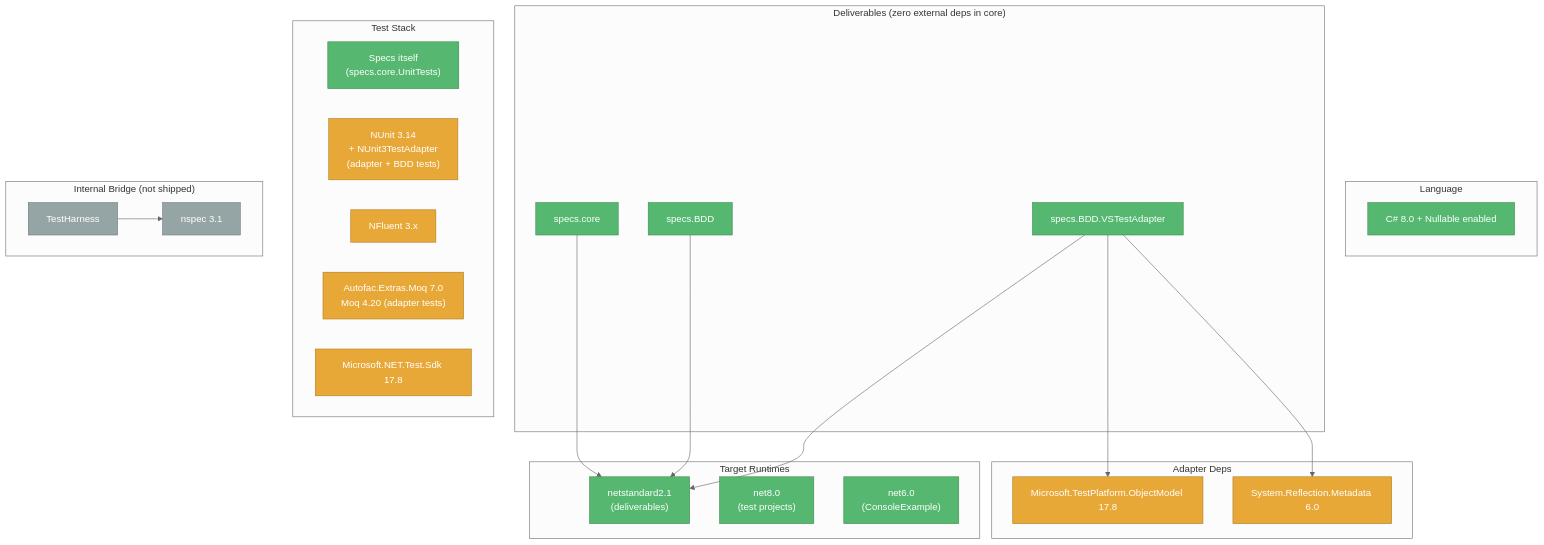
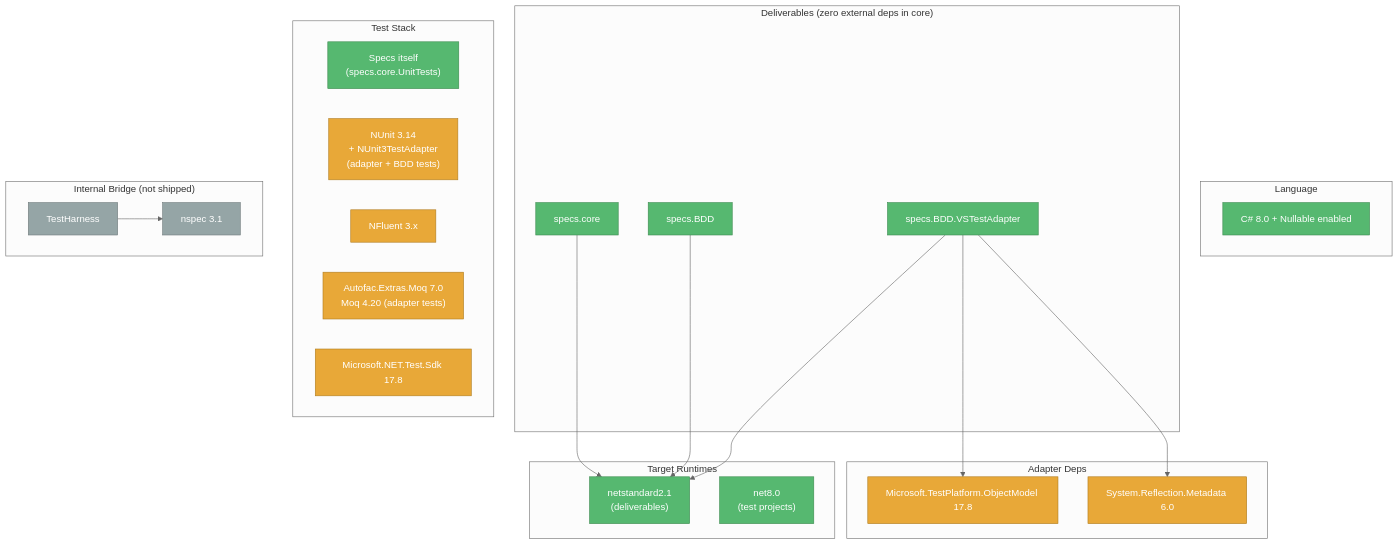
Before and after one commit to yozepi/Specs: the first of 2 diagrams in memory-bank/techContext.md, drawn with Mermaid. The commit also changed other lines of this file and 29 other files, not shown here.

First line of the commit message:
Remove legacy Spec API and ConsoleExample

````diff
--- a/memory-bank/techContext.md
+++ b/memory-bank/techContext.md
@@ -5,48 +5,47 @@
 ```mermaid
 %%{init: {'theme': 'neutral'}}%%
 flowchart TD
     subgraph Runtimes["Target Runtimes"]
         NS21["netstandard2.1<br/>(deliverables)"]:::app
         N8["net8.0<br/>(test projects)"]:::app
-        N6["net6.0<br/>(ConsoleExample)"]:::app
     end
 
     subgraph Lang["Language"]
         CS8["C# 8.0 + Nullable enabled"]:::app
     end
 
     subgraph Deliverables["Deliverables (zero external deps in core)"]
         CORE["specs.core"]:::app
         BDD["specs.BDD"]:::app
         ADP["specs.BDD.VSTestAdapter"]:::app
     end
 
     subgraph Test["Test Stack"]
         SELF["Specs itself<br/>(specs.core.UnitTests)"]:::app
         NU["NUnit 3.14<br/>+ NUnit3TestAdapter<br/>(adapter + BDD tests)"]:::external
         NF["NFluent 3.x"]:::external
         MQ["Autofac.Extras.Moq 7.0<br/>Moq 4.20 (adapter tests)"]:::external
         TS["Microsoft.NET.Test.Sdk 17.8"]:::external
     end
 
     subgraph AdapterDeps["Adapter Deps"]
         MTP["Microsoft.TestPlatform.ObjectModel 17.8"]:::external
         SRM["System.Reflection.Metadata 6.0"]:::external
     end
 
     subgraph Legacy["Internal Bridge (not shipped)"]
         NSPEC["nspec 3.1"]:::deprecated
         TH["TestHarness"]:::deprecated
     end
 
     CORE --> NS21
     BDD --> NS21
     ADP --> NS21
     ADP --> MTP
     ADP --> SRM
     TH --> NSPEC
 
     classDef app fill:#56B870,stroke:#3D8B50,color:#fff
     classDef external fill:#E8A838,stroke:#B07D20,color:#fff
     classDef deprecated fill:#95A5A6,stroke:#707B7C,color:#fff
 ```
````
